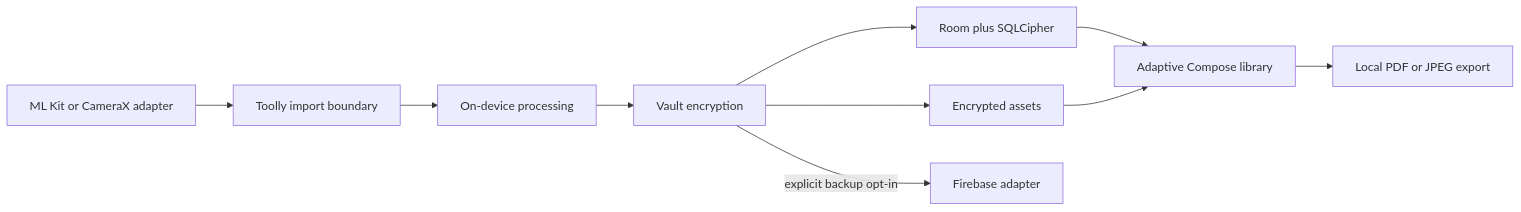
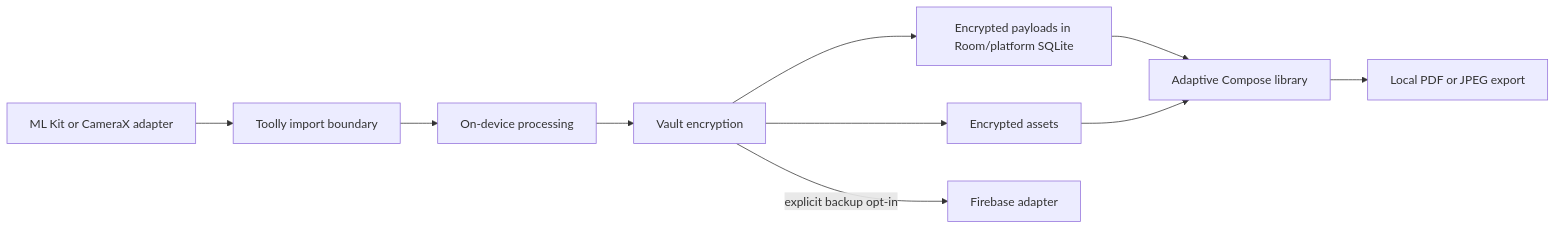
One commit to toollyscan/toolly-mobile changed the diagram in docs/adr/0011-runtime-dependencies-adaptive-platform-and-messaging.md. Above: the diagram before and after it, drawn with Mermaid. The commit also changed other lines of this file and 13 other files, not shown here.

````diff
--- a/docs/adr/0011-runtime-dependencies-adaptive-platform-and-messaging.md
+++ b/docs/adr/0011-runtime-dependencies-adaptive-platform-and-messaging.md
@@ -134,12 +123,12 @@
 ```mermaid
 flowchart LR
     Scan["ML Kit or CameraX adapter"] --> Import["Toolly import boundary"]
     Import --> Process["On-device processing"]
     Process --> Encrypt["Vault encryption"]
     Encrypt --> Files["Encrypted assets"]
-    Encrypt --> Database["Room plus SQLCipher"]
+    Encrypt --> Database["Encrypted payloads in Room/platform SQLite"]
     Database --> Library["Adaptive Compose library"]
     Files --> Library
     Library --> Export["Local PDF or JPEG export"]
     Encrypt -->|explicit backup opt-in| Firebase["Firebase adapter"]
 ```
````
